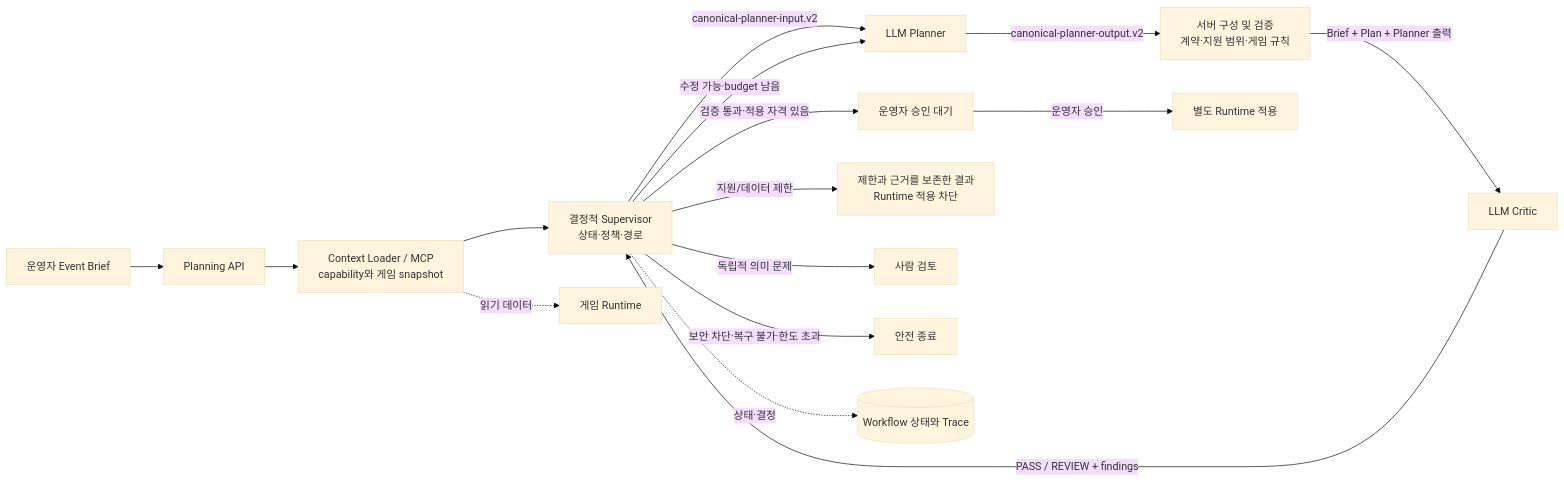
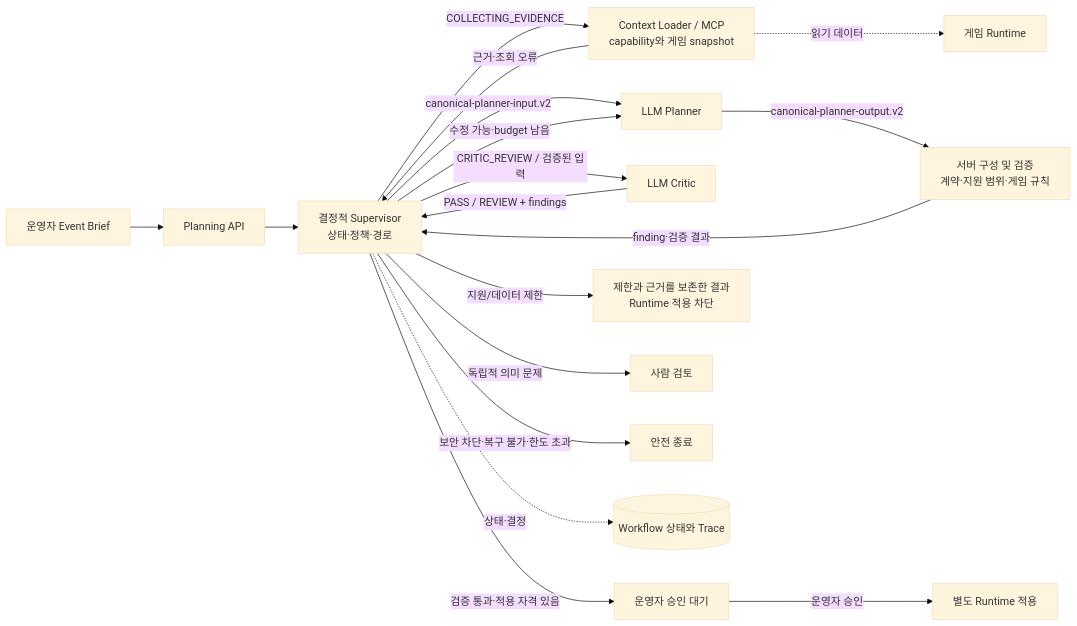
One commit to encore-ai-campus/aio-01-p3-team2 changed the first of 2 diagrams in docs/ik/산출물1_멀티에이전트_아키텍처_설계서.md. Above: the diagram before and after it, drawn with Mermaid (base theme). The commit also changed other lines of this file and 7 other files, not shown here.

````diff
--- a/docs/ik/산출물1_멀티에이전트_아키텍처_설계서.md
+++ b/docs/ik/산출물1_멀티에이전트_아키텍처_설계서.md
@@ -33,18 +33,20 @@
 ```mermaid
 flowchart LR
     B[운영자 Event Brief] --> API[Planning API]
-    API --> CTX[Context Loader / MCP<br/>capability와 게임 snapshot]
-    CTX --> SUP[결정적 Supervisor<br/>상태·정책·경로]
+    API --> SUP[결정적 Supervisor<br/>상태·정책·경로]
+    SUP -->|COLLECTING_EVIDENCE| CTX[Context Loader / MCP<br/>capability와 게임 snapshot]
+    CTX -->|근거·조회 오류| SUP
     SUP -->|canonical-planner-input.v2| P[LLM Planner]
     P -->|canonical-planner-output.v2| V[서버 구성 및 검증<br/>계약·지원 범위·게임 규칙]
-    V -->|Brief + Plan + Planner 출력| C[LLM Critic]
+    V -->|finding·검증 결과| SUP
+    SUP -->|CRITIC_REVIEW / 검증된 입력| C[LLM Critic]
     C -->|PASS / REVIEW + findings| SUP
     SUP -->|검증 통과·적용 자격 있음| A[운영자 승인 대기]
     SUP -->|수정 가능·budget 남음| P
     SUP -->|지원/데이터 제한| D[제한과 근거를 보존한 결과<br/>Runtime 적용 차단]
     SUP -->|독립적 의미 문제| H[사람 검토]
     SUP -->|보안 차단·복구 불가·한도 초과| X[안전 종료]
     A -->|운영자 승인| R[별도 Runtime 적용]
     SUP -. 상태·결정 .-> DB[(Workflow 상태와 Trace)]
     CTX -. 읽기 데이터 .-> GAME[게임 Runtime]
 ```
````
